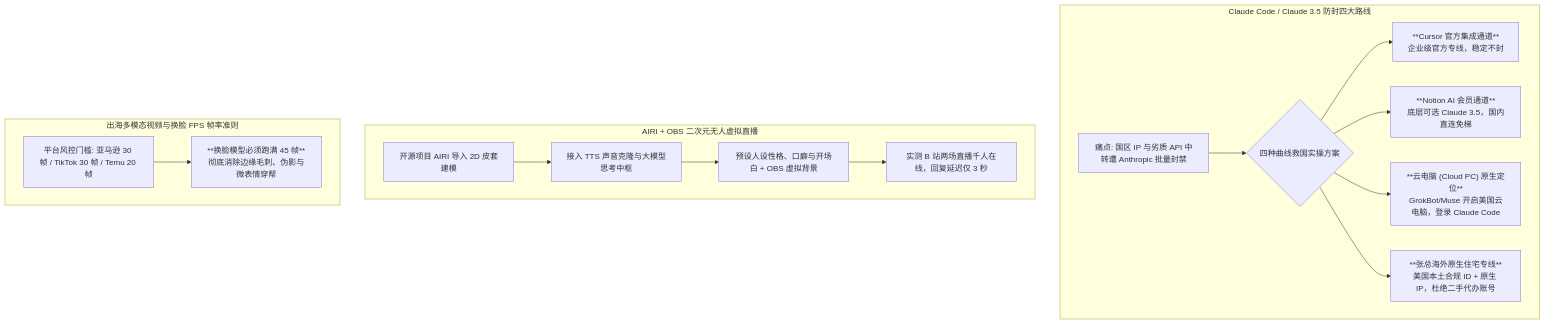
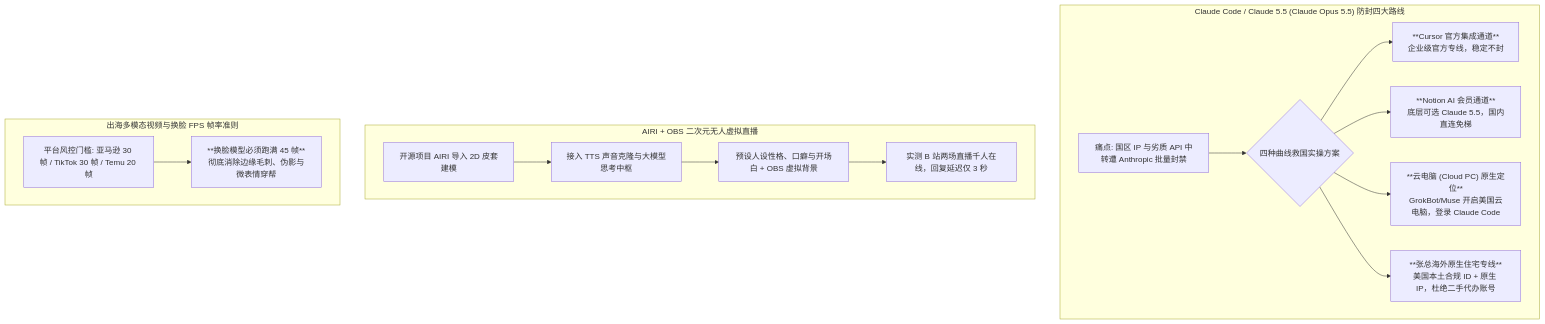
The sixth of 14 diagrams in content/live-20261103-01.md (dollarser/knowledge), drawn with Mermaid before and after one commit. The commit also changed other lines of this file, not shown here.

Commit message:
fix(knowledge): update Claude 3.5 references to Claude 5.5 (Claude Opus 5.5)

````diff
--- a/content/live-20261103-01.md
+++ b/content/live-20261103-01.md
@@ -216,22 +216,22 @@
 ```mermaid
 flowchart TD
-    subgraph ClaudeAntiBan["Claude Code / Claude 3.5 防封四大路线"]
+    subgraph ClaudeAntiBan["Claude Code / Claude 5.5 (Claude Opus 5.5) 防封四大路线"]
         C1["痛点: 国区 IP 与劣质 API 中转遭 Anthropic 批量封禁"] --> C2{"四种曲线救国实操方案"}
         C2 --> A1["**Cursor 官方集成通道**<br/>企业级官方专线，稳定不封"]
-        C2 --> A2["**Notion AI 会员通道**<br/>底层可选 Claude 3.5，国内直连免梯"]
+        C2 --> A2["**Notion AI 会员通道**<br/>底层可选 Claude 5.5，国内直连免梯"]
         C2 --> A3["**云电脑 (Cloud PC) 原生定位**<br/>GrokBot/Muse 开启美国云电脑，登录 Claude Code"]
         C2 --> A4["**张总海外原生住宅专线**<br/>美国本土合规 ID + 原生 IP，杜绝二手代办账号"]
     end
 
     subgraph StreamLive["AIRI + OBS 二次元无人虚拟直播"]
         S1["开源项目 AIRI 导入 2D 皮套建模"] --> S2["接入 TTS 声音克隆与大模型思考中枢"]
         S2 --> S3["预设人设性格、口癖与开场白 + OBS 虚拟背景"]
         S3 --> S4["实测 B 站两场直播千人在线，回复延迟仅 3 秒"]
     end
 
     subgraph FPSGuide["出海多模态视频与换脸 FPS 帧率准则"]
         F1["平台风控门槛: 亚马逊 30 帧 / TikTok 30 帧 / Temu 20 帧"]
         F2["**换脸模型必须跑满 45 帧**<br/>彻底消除边缘毛刺、伪影与微表情穿帮"]
         F1 --> F2
     end
 ```
````
